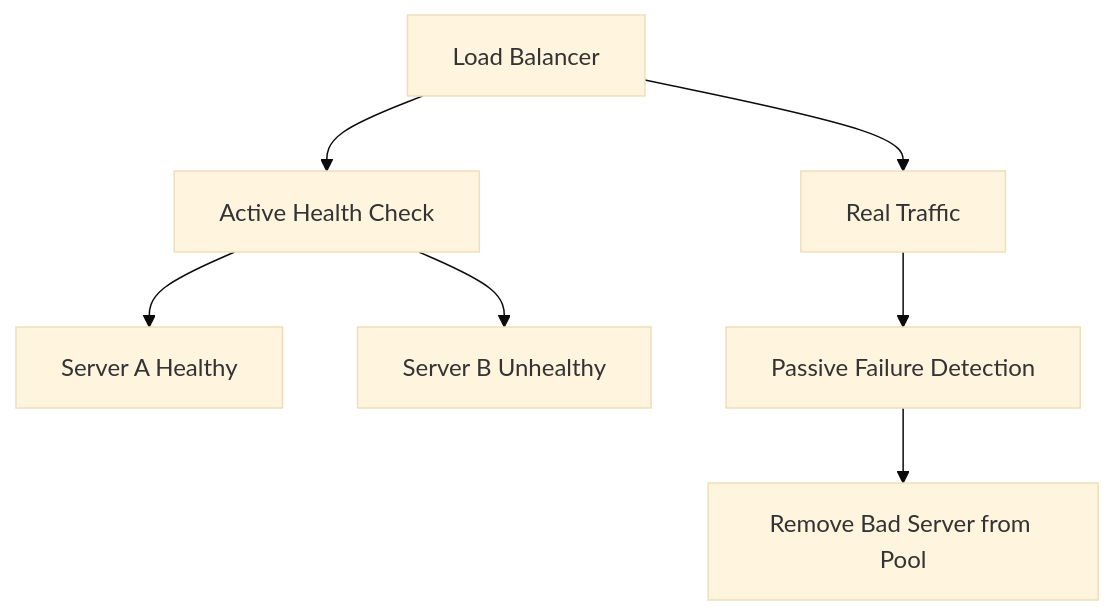
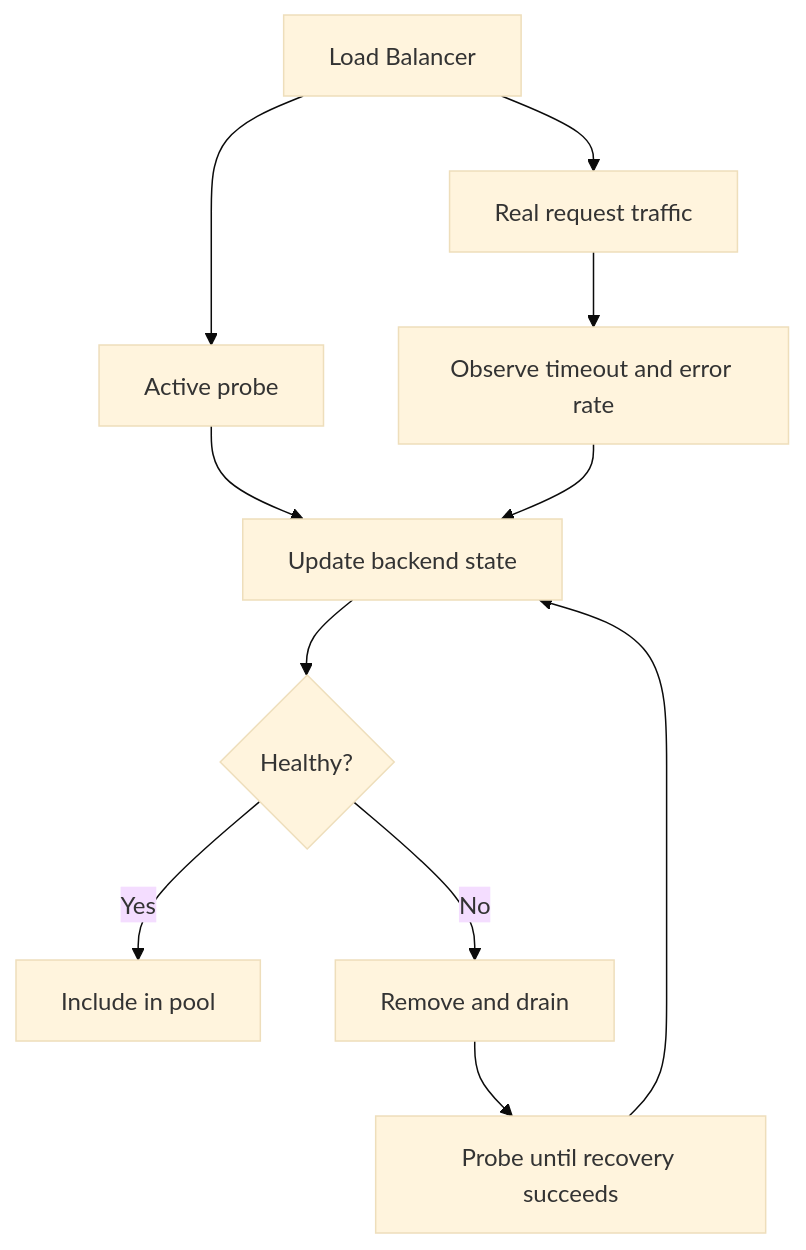
The ninth of 12 diagrams in hld/04-hld-load-balancing/lessons.md (vsharma2430/LearnDesign), drawn with Mermaid (base theme) before and after one commit. The commit also changed other lines of this file, not shown here.

````diff
--- a/hld/04-hld-load-balancing/lessons.md
+++ b/hld/04-hld-load-balancing/lessons.md
@@ -315,9 +402,13 @@
 ```mermaid
 flowchart TD
-    LB[Load Balancer] --> Probe[Active Health Check]
-    Probe --> H1[Server A Healthy]
-    Probe --> H2[Server B Unhealthy]
-    LB --> Traffic[Real Traffic]
-    Traffic --> Fail[Passive Failure Detection]
-    Fail --> Remove[Remove Bad Server from Pool]
+    LB[Load Balancer] --> Active[Active probe]
+    LB --> Real[Real request traffic]
+    Active --> State[Update backend state]
+    Real --> Observe[Observe timeout and error rate]
+    Observe --> State
+    State --> Healthy{Healthy?}
+    Healthy -->|Yes| Route[Include in pool]
+    Healthy -->|No| Remove[Remove and drain]
+    Remove --> Recovery[Probe until recovery succeeds]
+    Recovery --> State
 ```
````
